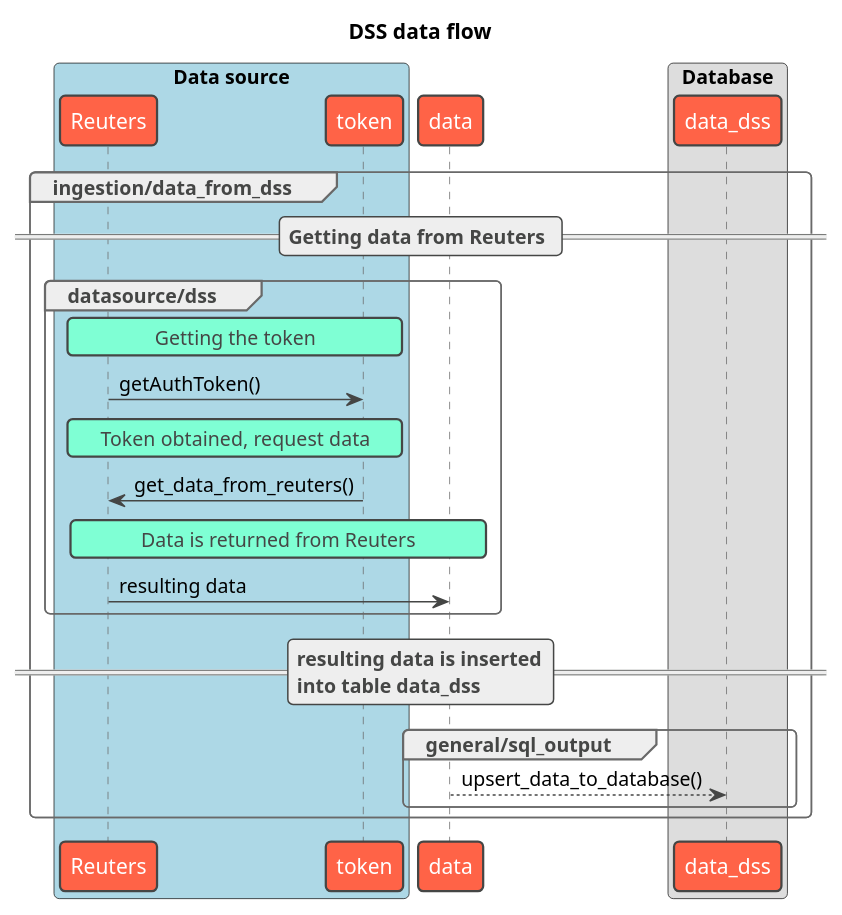
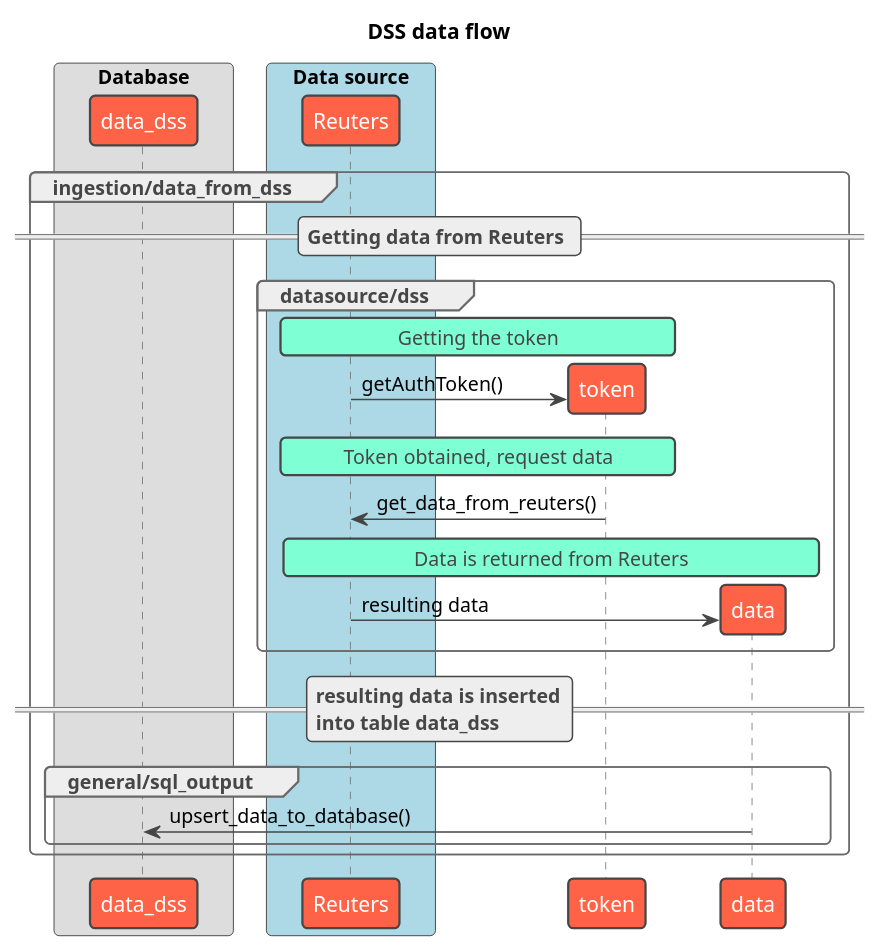
One commit to asklora/DROID_V2.1 changed the diagram in docs/dss_flow.wsd. Above: the diagram before and after it, drawn with PlantUML. The commit also changed 3 other files, not shown here.

Commit message:
updated all flows

```diff
--- a/docs/dss_flow.wsd
+++ b/docs/dss_flow.wsd
@@ -1,49 +1,52 @@
 @startuml dss
 
 title "DSS data flow"
 
 !theme vibrant
 
 skinparam shadowing false
 skinparam defaultFontName Ubuntu
+skinparam ParticipantPadding 20
+skinparam BoxPadding 10
 
+box "Database"
+participant data_dss
+end box
 box "Data source" #LightBlue
 participant Reuters
-participant token
 end box
-participant data
-box "Database"
-participant data_dss
 
 group ingestion/data_from_dss
     == Getting data from Reuters ==
 
     group datasource/dss
         rnote over Reuters, token
         Getting the token
         end note
 
+        create token
         Reuters -> token : getAuthToken()
 
         rnote over Reuters, token
         Token obtained, request data
         end note
 
         token -> Reuters : get_data_from_reuters()
 
+        create data
         rnote over Reuters, data
         Data is returned from Reuters
         end note
 
         Reuters -> data : resulting data
     end
 
     == resulting data is inserted\ninto table data_dss ==
 
     group general/sql_output
-        data --> data_dss : upsert_data_to_database()
+        data -> data_dss : upsert_data_to_database()
     end
 
 end
 
 @enduml
```
